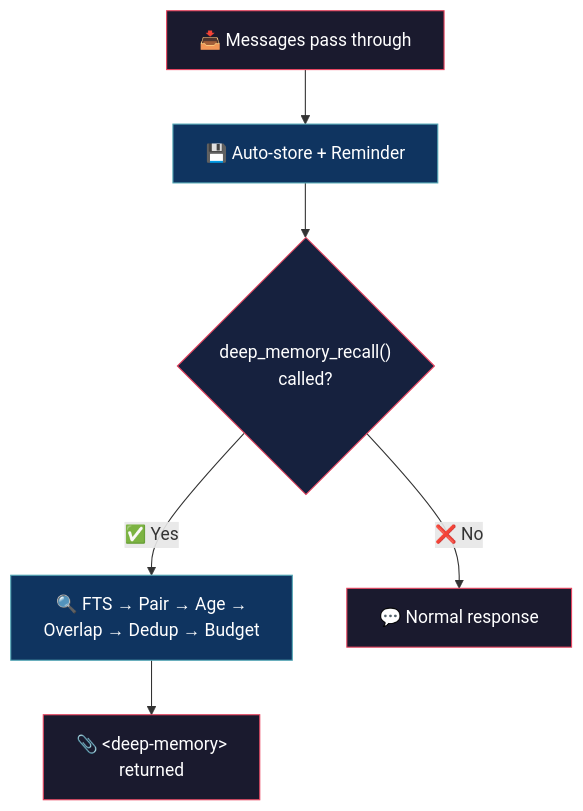
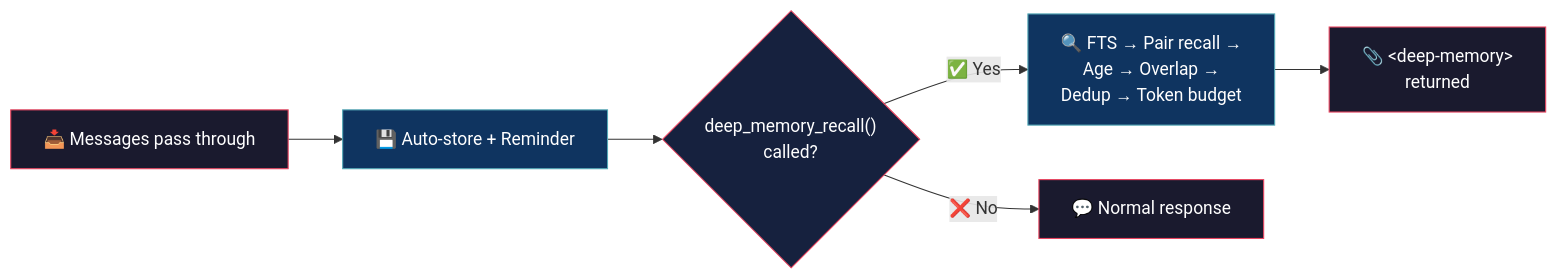
Before and after one commit to alejo54dev/opencode-deep-memory: the diagram in README.md, drawn with Mermaid.

Commit message:
fix: remove .gitignore from tracking, fix max_age_days in AGENTS.md, compact LR flowchart

````diff
--- a/README.md
+++ b/README.md
@@ -21,15 +21,16 @@
 ```mermaid
-flowchart TD
-    A["📥 Messages pass through"] --> B["💾 Auto-store + Reminder"]
+flowchart LR
+    A["📥 Messages pass through"]
+    A --> B["💾 Auto-store + Reminder"]
     B --> C{"deep_memory_recall()<br/>called?"}
-    C -->|"✅ Yes"| D["🔍 FTS → Pair → Age →<br/>Overlap → Dedup → Budget"]
+    C -->|"✅ Yes"| D["🔍 FTS → Pair recall →<br/>Age → Overlap →<br/>Dedup → Token budget"]
     D --> E["📎 &lt;deep-memory&gt;<br/>returned"]
     C -->|"❌ No"| F["💬 Normal response"]
 
     style A fill:#1a1a2e,stroke:#e94560,color:#fff
     style B fill:#0f3460,stroke:#53a8b6,color:#fff
     style C fill:#16213e,stroke:#e94560,color:#fff
     style D fill:#0f3460,stroke:#53a8b6,color:#fff
     style E fill:#1a1a2e,stroke:#e94560,color:#fff
     style F fill:#1a1a2e,stroke:#e94560,color:#fff
 ```
````
